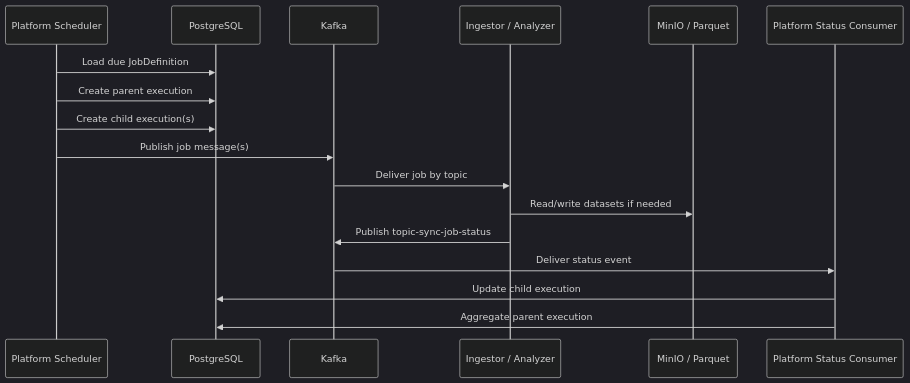
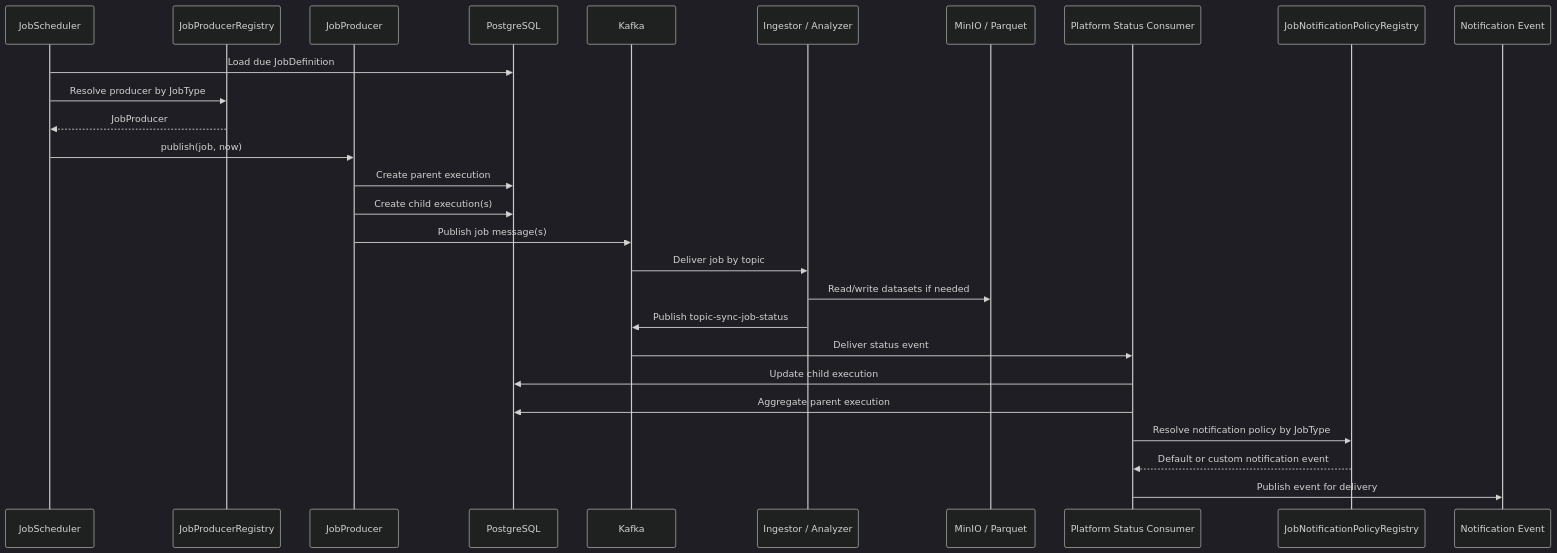
Before and after one commit to tanlocit9/omni: the first of 3 diagrams in docs/flows/job-execution.md, drawn with Mermaid (dark theme). The commit also changed other lines of this file and 42 other files, not shown here.

Commit message:
Add job notification policies

````diff
--- a/docs/flows/job-execution.md
+++ b/docs/flows/job-execution.md
@@ -7,20 +7,30 @@
 ```mermaid
 sequenceDiagram
-  participant Scheduler as Platform Scheduler
+  participant Scheduler as JobScheduler
+  participant ProducerRegistry as JobProducerRegistry
+  participant Producer as JobProducer
   participant DB as PostgreSQL
   participant Kafka as Kafka
   participant Worker as Ingestor / Analyzer
   participant Storage as MinIO / Parquet
   participant Status as Platform Status Consumer
+  participant PolicyRegistry as JobNotificationPolicyRegistry
+  participant Notification as Notification Event
 
   Scheduler->>DB: Load due JobDefinition
-  Scheduler->>DB: Create parent execution
-  Scheduler->>DB: Create child execution(s)
-  Scheduler->>Kafka: Publish job message(s)
+  Scheduler->>ProducerRegistry: Resolve producer by JobType
+  ProducerRegistry-->>Scheduler: JobProducer
+  Scheduler->>Producer: publish(job, now)
+  Producer->>DB: Create parent execution
+  Producer->>DB: Create child execution(s)
+  Producer->>Kafka: Publish job message(s)
   Kafka->>Worker: Deliver job by topic
   Worker->>Storage: Read/write datasets if needed
   Worker->>Kafka: Publish topic-sync-job-status
   Kafka->>Status: Deliver status event
   Status->>DB: Update child execution
   Status->>DB: Aggregate parent execution
+  Status->>PolicyRegistry: Resolve notification policy by JobType
+  PolicyRegistry-->>Status: Default or custom notification event
+  Status->>Notification: Publish event for delivery
 ```
````
